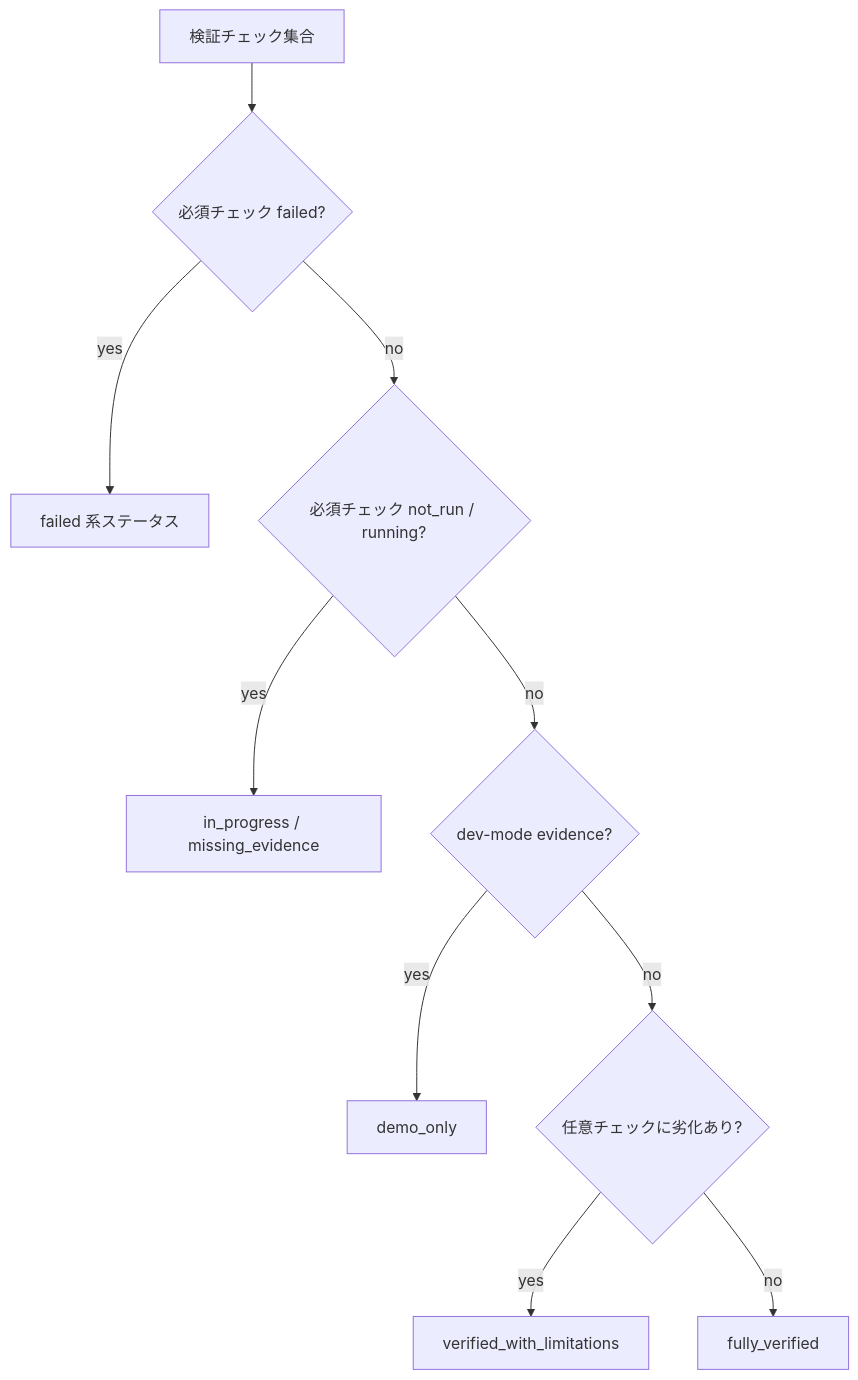
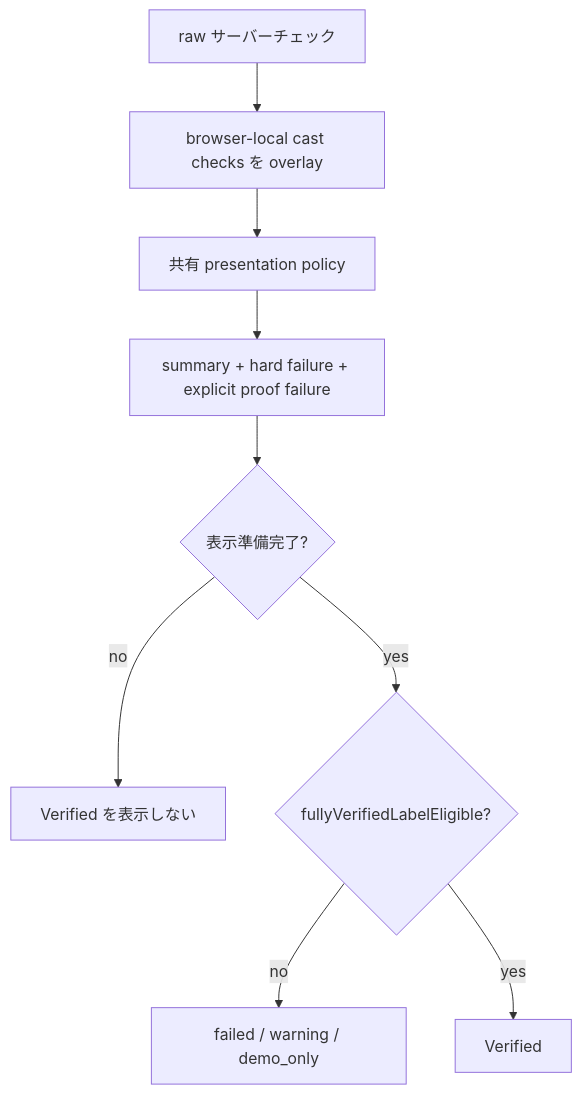
One commit to hwatanabe-jp/stark-ballot-simulator-public changed the second of 2 diagrams in public-book/src/tamper/detection-mechanism.md. Above: the diagram before and after it, drawn with Mermaid. The commit also changed other lines of this file and 1001 other files, not shown here.

````diff
--- a/public-book/src/tamper/detection-mechanism.md
+++ b/public-book/src/tamper/detection-mechanism.md
@@ -111,12 +121,11 @@
 ```mermaid
 flowchart TB
-  A[検証チェック集合] --> B{必須チェック failed?}
-  B -- yes --> F[failed 系ステータス]
-  B -- no --> C{必須チェック not_run / running?}
-  C -- yes --> W[in_progress / missing_evidence]
-  C -- no --> D{dev-mode evidence?}
-  D -- yes --> M[demo_only]
-  D -- no --> E{任意チェックに劣化あり?}
-  E -- yes --> L[verified_with_limitations]
-  E -- no --> V[fully_verified]
+  A[raw サーバーチェック] --> B[browser-local cast checks を overlay]
+  B --> C[共有 presentation policy]
+  C --> D[summary + hard failure + explicit proof failure]
+  D --> E{表示準備完了?}
+  E -- no --> W[Verified を表示しない]
+  E -- yes --> F{fullyVerifiedLabelEligible?}
+  F -- no --> N[failed / warning / demo_only]
+  F -- yes --> V[Verified]
 ```
````
